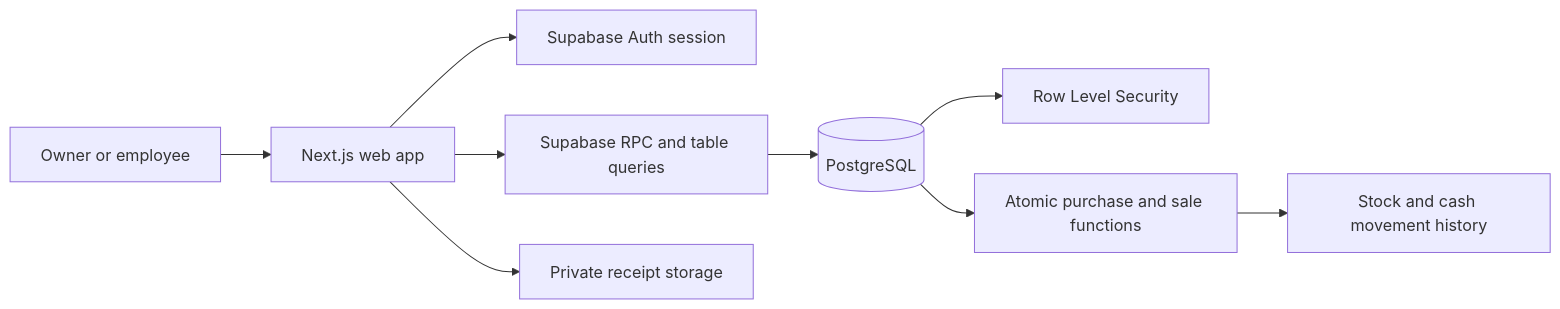
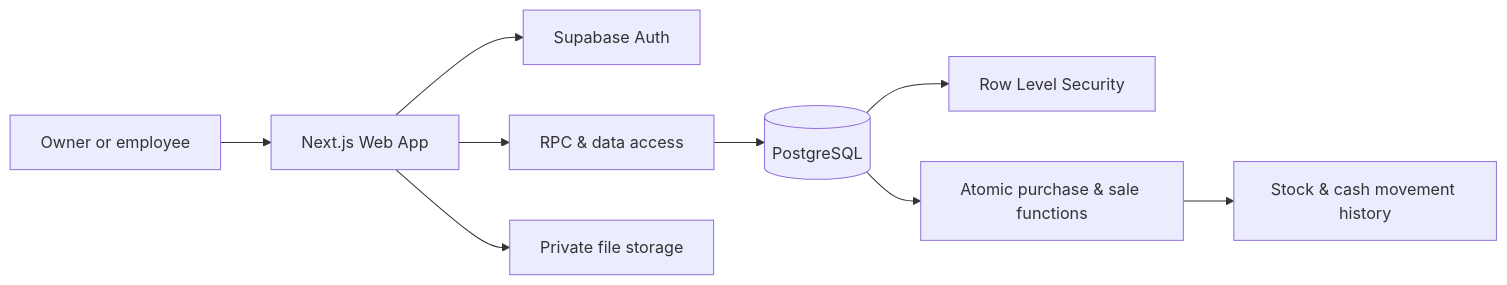
The diagram in README.md (Aaronn765/Stockoo-Public-version), drawn with Mermaid before and after one commit. The commit also changed other lines of this file, not shown here.

```diff
--- a/README.md
+++ b/README.md
@@ -31,11 +38,11 @@
 ~~~mermaid
 flowchart LR
-  U[Owner or employee] --> W[Next.js web app]
-  W --> S[Supabase Auth session]
-  W --> R[Supabase RPC and table queries]
+  U[Owner or employee] --> W[Next.js Web App]
+  W --> A[Supabase Auth]
+  W --> R[RPC & data access]
   R --> P[(PostgreSQL)]
   P --> L[Row Level Security]
-  P --> T[Atomic purchase and sale functions]
-  T --> M[Stock and cash movement history]
-  W --> F[Private receipt storage]
+  P --> T[Atomic purchase & sale functions]
+  T --> M[Stock & cash movement history]
+  W --> F[Private file storage]
 ~~~
```
